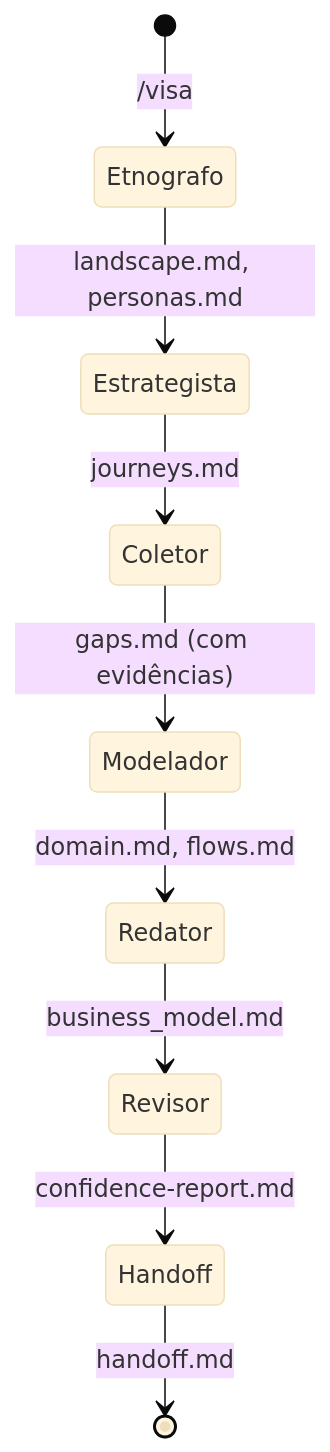
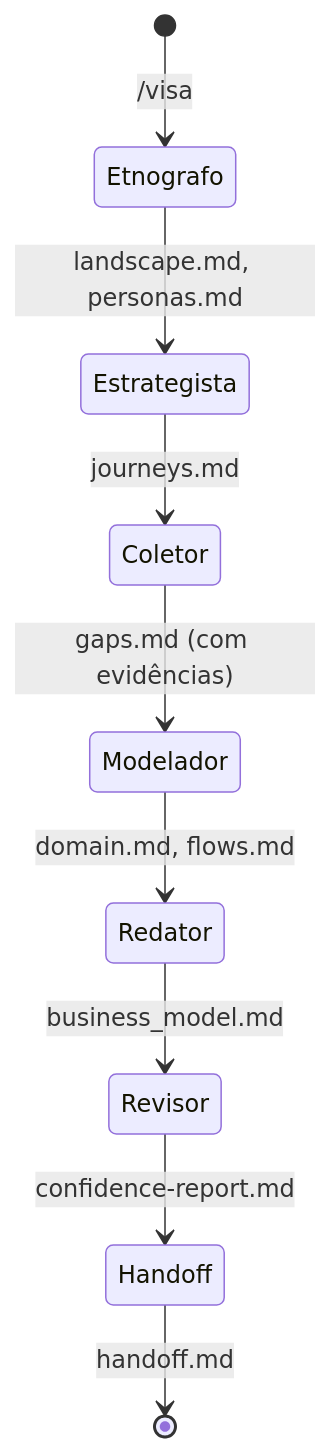
Before and after one commit to Adgmed2018/visa: the diagram in docs/adr/ADR-0004-multi-agent-orchestration.md, drawn with Mermaid. The commit also changed 4 other files, not shown here.

Commit message:
Remove hardcoded mermaid themes to use default styling

````diff
--- a/docs/adr/ADR-0004-multi-agent-orchestration.md
+++ b/docs/adr/ADR-0004-multi-agent-orchestration.md
@@ -67,12 +67,11 @@
 ```mermaid
-%%{init: {'theme': 'base'}}%%
 stateDiagram-v2
     [*] --> Etnografo: /visa
     Etnografo --> Estrategista: landscape.md, personas.md
     Estrategista --> Coletor: journeys.md
     Coletor --> Modelador: gaps.md (com evidências)
     Modelador --> Redator: domain.md, flows.md
     Redator --> Revisor: business_model.md
     Revisor --> Handoff: confidence-report.md
     Handoff --> [*]: handoff.md
 ```
````
